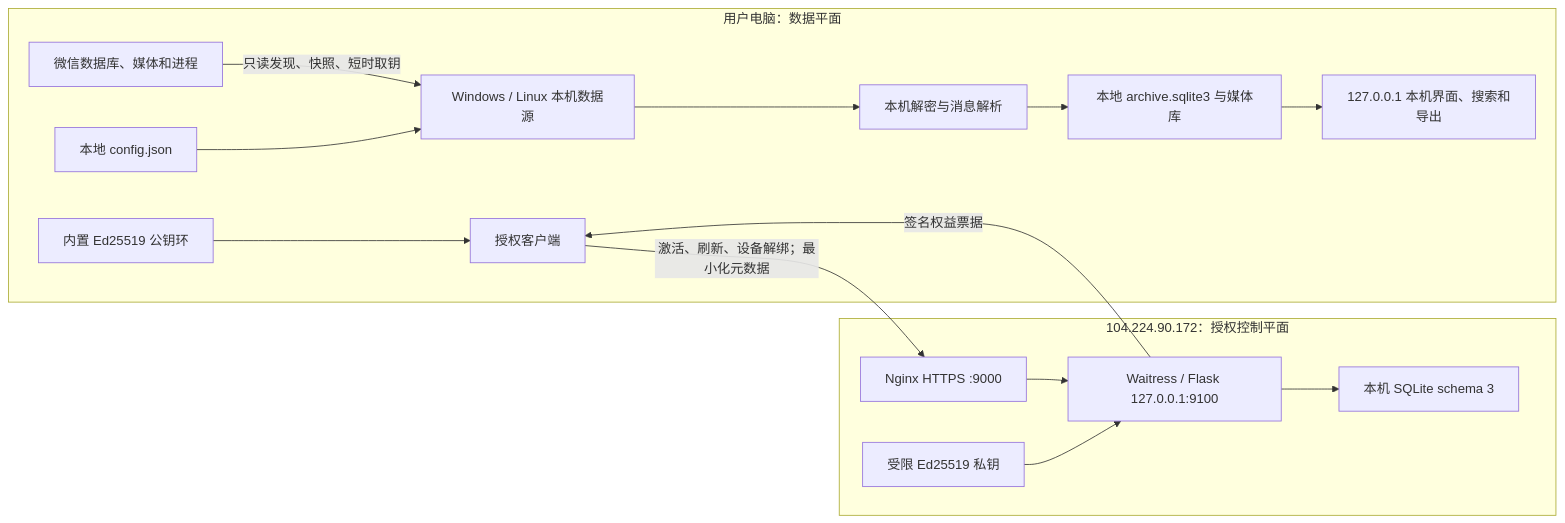
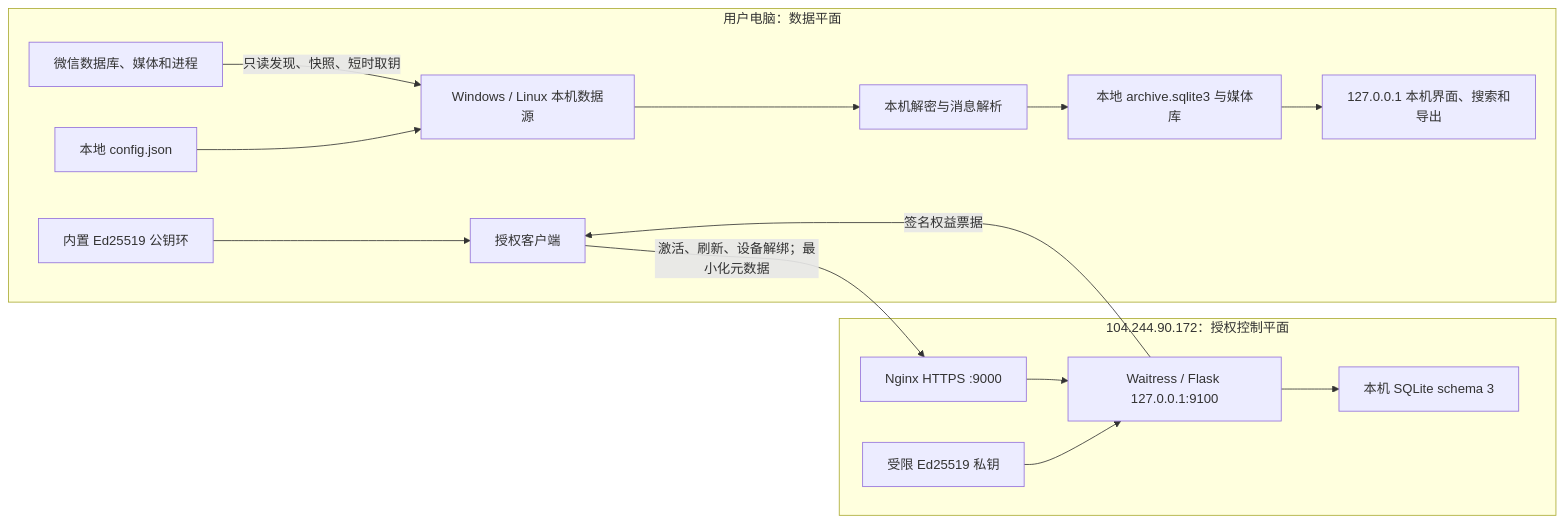
Before and after one commit to gladlyknow/WeChatMemory-LicenseServer: the diagram in docs/DOCUMENTATION_POLICY.md, drawn with Mermaid. The commit also changed other lines of this file and 27 other files, not shown here.

````diff
--- a/docs/DOCUMENTATION_POLICY.md
+++ b/docs/DOCUMENTATION_POLICY.md
@@ -34,20 +34,20 @@
 ```mermaid
 flowchart LR
     subgraph PC["用户电脑：数据平面"]
         WX["微信数据库、媒体和进程"] -->|"只读发现、快照、短时取钥"| SRC["Windows / Linux 本机数据源"]
         SRC --> DEC["本机解密与消息解析"]
         DEC --> ARC["本地 archive.sqlite3 与媒体库"]
         ARC --> UI["127.0.0.1 本机界面、搜索和导出"]
         CFG["本地 config.json"] --> SRC
         TRUST["内置 Ed25519 公钥环"] --> LIC["授权客户端"]
     end
 
-    subgraph CLOUD["104.224.90.172：授权控制平面"]
+    subgraph CLOUD["104.244.90.172：授权控制平面"]
         NGINX["Nginx HTTPS :9000"] --> API["Waitress / Flask 127.0.0.1:9100"]
         API --> DB["本机 SQLite schema 3"]
         KEY["受限 Ed25519 私钥"] --> API
     end
 
     LIC -->|"激活、刷新、设备解绑；最小化元数据"| NGINX
     API -->|"签名权益票据"| LIC
 ```
````
